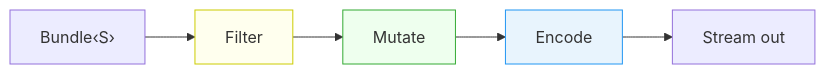
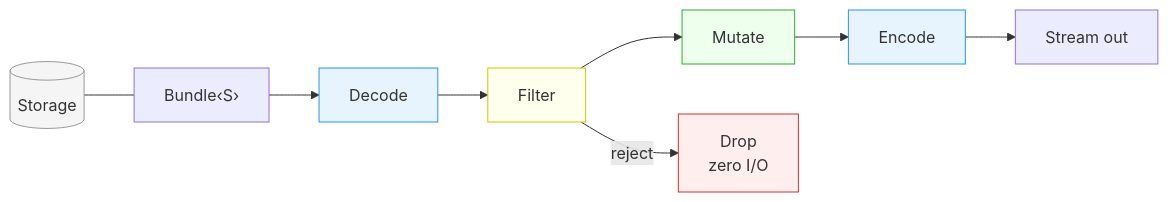
One commit to sylvain-pierrot/bundle changed the second of 3 diagrams in README.md. Above: the diagram before and after it, drawn with Mermaid. The commit also changed other lines of this file and 40 other files, not shown here.

````diff
--- a/README.md
+++ b/README.md
@@ -170,8 +68,12 @@
 ```mermaid
 flowchart LR
-    B["Bundle‹S›"] --> F["Filter"] --> M["Mutate"] --> E["Encode"] --> OUT["Stream out"]
+    ST[("Storage")] --- B["Bundle‹S›"] --> D["Decode"] --> F["Filter"] --> M["Mutate"] --> E["Encode"] --> OUT["Stream out"]
+    F -->|"reject"| DROP["Drop\nzero I/O"]
 
+    style ST fill:#f5f5f5,stroke:#999
+    style D fill:#e8f4fd,stroke:#2196F3
     style F fill:#ffe,stroke:#cc0
     style M fill:#efe,stroke:#3a3
     style E fill:#e8f4fd,stroke:#2196F3
+    style DROP fill:#fee,stroke:#c33
 ```
````
